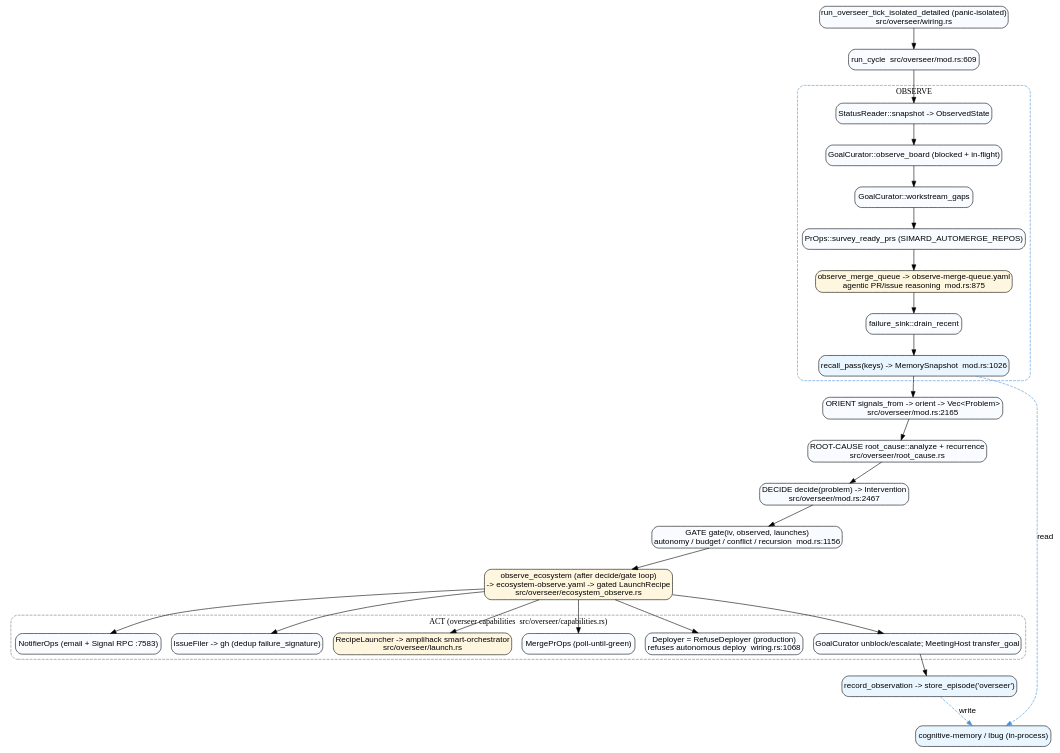
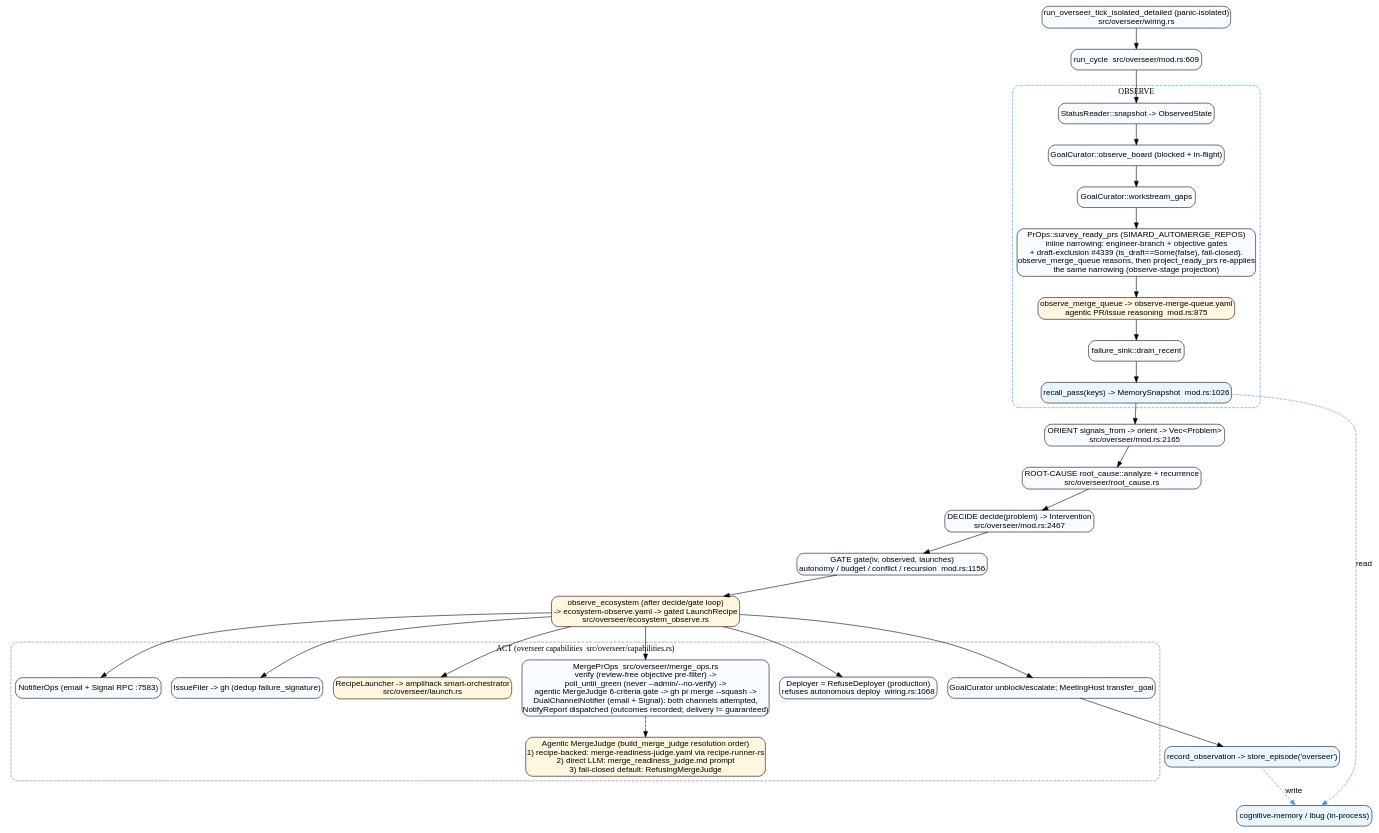
Before and after one commit to rysweet/Simard: the diagram in docs/atlas/agentic-flows/agentic-overseer-tick.dot, drawn with Graphviz. The commit also changed 11 other files, not shown here.

```diff
--- a/docs/atlas/agentic-flows/agentic-overseer-tick.dot
+++ b/docs/atlas/agentic-flows/agentic-overseer-tick.dot
@@ -1,43 +1,45 @@
 digraph AgenticOverseerTick {
   rankdir=TB;
   node [shape=box, style="rounded,filled", fillcolor="#f8fbff", fontname="Arial"];
   edge [fontname="Arial"];
 
   tick  [label="run_overseer_tick_isolated_detailed (panic-isolated)\nsrc/overseer/wiring.rs"];
   cycle [label="run_cycle  src/overseer/mod.rs:609"];
 
   subgraph cluster_observe {
     label="OBSERVE"; style="rounded,dashed"; color="#4a90d9";
     snap  [label="StatusReader::snapshot -> ObservedState"];
     board [label="GoalCurator::observe_board (blocked + in-flight)"];
     gaps  [label="GoalCurator::workstream_gaps"];
-    prs   [label="PrOps::survey_ready_prs (SIMARD_AUTOMERGE_REPOS)"];
+    prs   [label="PrOps::survey_ready_prs (SIMARD_AUTOMERGE_REPOS)\ninline narrowing: engineer-branch + objective gates\n+ draft-exclusion #4339 (is_draft==Some(false), fail-closed).\nobserve_merge_queue reasons, then project_ready_prs re-applies\nthe same narrowing (observe-stage projection)"];
     mq    [label="observe_merge_queue -> observe-merge-queue.yaml\nagentic PR/issue reasoning  mod.rs:875", fillcolor="#fff6df"];
     fails [label="failure_sink::drain_recent"];
     recall[label="recall_pass(keys) -> MemorySnapshot  mod.rs:1026", fillcolor="#eaf6ff"];
   }
   orient[label="ORIENT signals_from -> orient -> Vec<Problem>\nsrc/overseer/mod.rs:2165"];
   why   [label="ROOT-CAUSE root_cause::analyze + recurrence\nsrc/overseer/root_cause.rs"];
   decide[label="DECIDE decide(problem) -> Intervention\nsrc/overseer/mod.rs:2467"];
   gate  [label="GATE gate(iv, observed, launches)\nautonomy / budget / conflict / recursion  mod.rs:1156"];
   eco   [label="observe_ecosystem (after decide/gate loop)\n-> ecosystem-observe.yaml -> gated LaunchRecipe\nsrc/overseer/ecosystem_observe.rs", fillcolor="#fff6df"];
 
   subgraph cluster_act {
     label="ACT (overseer capabilities  src/overseer/capabilities.rs)"; style="rounded,dashed"; color="#7a7a7a";
     notify [label="NotifierOps (email + Signal RPC :7583)"];
     issue  [label="IssueFiler -> gh (dedup failure_signature)"];
     launch [label="RecipeLauncher -> amplihack smart-orchestrator\nsrc/overseer/launch.rs", fillcolor="#fff6df"];
-    merge  [label="MergePrOps (poll-until-green)"];
+    merge  [label="MergePrOps  src/overseer/merge_ops.rs\nverify (review-free objective pre-filter) ->\npoll_until_green (never --admin/--no-verify) ->\nagentic MergeJudge 6-criteria gate -> gh pr merge --squash ->\nDualChannelNotifier (email + Signal): both channels attempted,\nNotifyReport dispatched (outcomes recorded; delivery != guaranteed)"];
+    mjudge [label="Agentic MergeJudge (build_merge_judge resolution order)\n1) recipe-backed: merge-readiness-judge.yaml via recipe-runner-rs\n2) direct LLM: merge_readiness_judge.md prompt\n3) fail-closed default: RefusingMergeJudge", fillcolor="#fff6df"];
     deploy [label="Deployer = RefuseDeployer (production)\nrefuses autonomous deploy  wiring.rs:1068"];
     goalcap[label="GoalCurator unblock/escalate; MeetingHost transfer_goal"];
   }
   writeback[label="record_observation -> store_episode('overseer')", fillcolor="#eaf6ff"];
   store [label="cognitive-memory / lbug (in-process)", fillcolor="#eaf6ff"];
 
   tick -> cycle -> snap -> board -> gaps -> prs -> mq -> fails -> recall;
   recall -> orient -> why -> decide -> gate -> eco -> notify;
   eco -> issue; eco -> launch; eco -> merge; eco -> deploy; eco -> goalcap;
+  merge -> mjudge [style=dashed];
   goalcap -> writeback;
   writeback -> store [label="write", style=dashed, color="#4a90d9"];
   recall -> store [label="read", style=dashed, color="#4a90d9"];
 }
```
